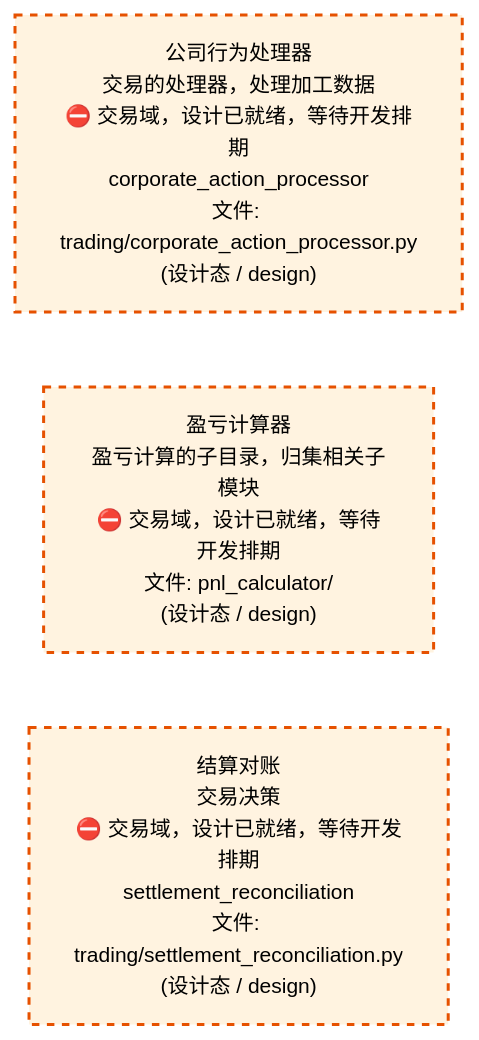
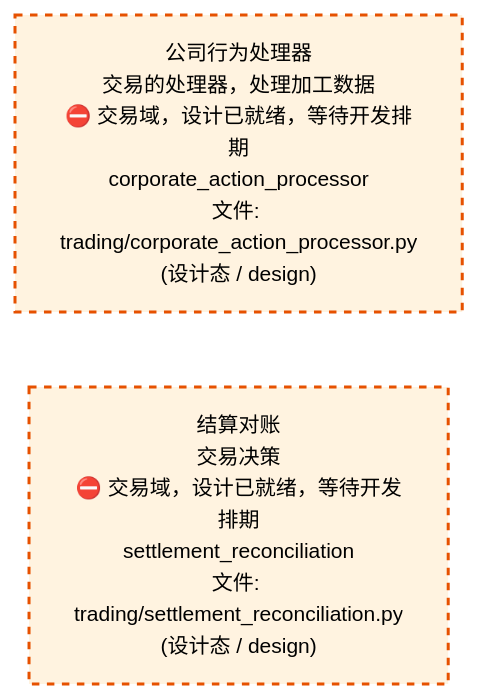
One commit to xuanFelixVan/ZephyrAlpha changed the third of 4 diagrams in docs/02_enterprise_architecture/02_domain_architecture_docs/72_d_trading.md. Above: the diagram before and after it, drawn with Mermaid. The commit also changed other lines of this file and 46 other files, not shown here.

````diff
--- a/docs/02_enterprise_architecture/02_domain_architecture_docs/72_d_trading.md
+++ b/docs/02_enterprise_architecture/02_domain_architecture_docs/72_d_trading.md
@@ -297,14 +305,12 @@
 ```mermaid
 %%{init: {'theme': 'base', 'themeVariables': {'primaryColor': '#eaeaea', 'primaryTextColor': '#333333', 'primaryBorderColor': '#666666', 'lineColor': '#666666', 'secondaryColor': '#eaeaea', 'tertiaryColor': '#eaeaea', 'fontSize': '14px'}}}%%
 flowchart TD
     src_zephyr_trading_corporate_action_processor_py["公司行为处理器<br/>交易的处理器，处理加工数据<br/>⛔ 交易域，设计已就绪，等待开发排期<br/>corporate_action_processor<br/>文件: trading/corporate_action_processor.py<br/>(设计态 / design)"]
-    src_zephyr_trading_pnl_calculator["盈亏计算器<br/>盈亏计算的子目录，归集相关子模块<br/>⛔ 交易域，设计已就绪，等待开发排期<br/>文件: pnl_calculator/<br/>(设计态 / design)"]
     src_zephyr_trading_settlement_reconciliation_py["结算对账<br/>交易决策<br/>⛔ 交易域，设计已就绪，等待开发排期<br/>settlement_reconciliation<br/>文件: trading/settlement_reconciliation.py<br/>(设计态 / design)"]
-    src_zephyr_trading_corporate_action_processor_py ~~~ src_zephyr_trading_pnl_calculator
-    src_zephyr_trading_pnl_calculator ~~~ src_zephyr_trading_settlement_reconciliation_py
+    src_zephyr_trading_corporate_action_processor_py ~~~ src_zephyr_trading_settlement_reconciliation_py
     classDef production fill:#e1f5fe,stroke:#01579b,stroke-width:2px,color:#000
     classDef design fill:#fff3e0,stroke:#e65100,stroke-width:2px,color:#000,stroke-dasharray: 5 5
     classDef external_prod fill:#e8f4fd,stroke:#0277bd,stroke-width:1px,color:#000
     classDef external_design fill:#fff8e7,stroke:#ef6c00,stroke-width:1px,color:#000,stroke-dasharray: 5 5
-    class src_zephyr_trading_corporate_action_processor_py,src_zephyr_trading_pnl_calculator,src_zephyr_trading_settlement_reconciliation_py design
+    class src_zephyr_trading_corporate_action_processor_py,src_zephyr_trading_settlement_reconciliation_py design
 ```
````
